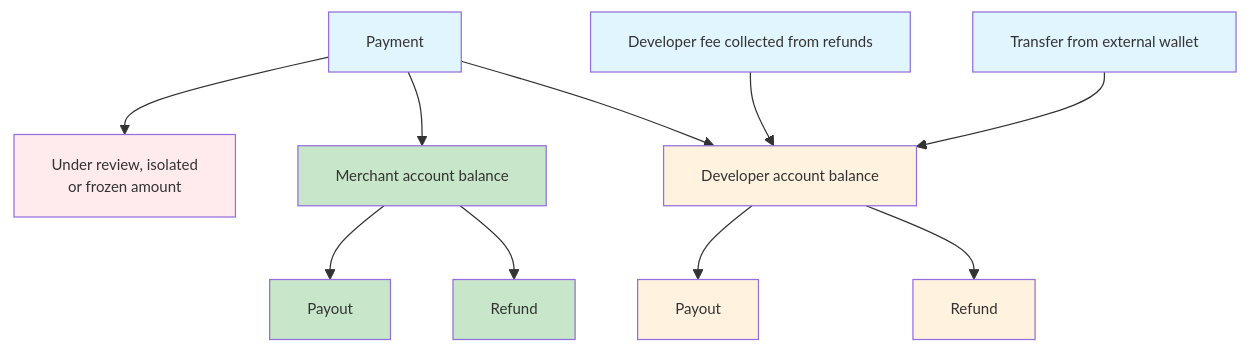
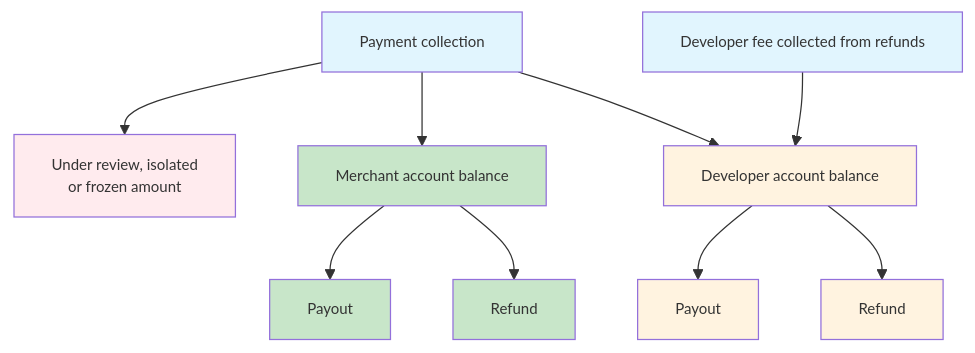
One commit to CoboGlobal/payments-manual changed the fifth of 5 diagrams in payments/en/guides/amounts-and-balances.mdx. Above: the diagram before and after it, drawn with Mermaid. The commit also changed other lines of this file and 23 other files, not shown here.

````diff
--- a/payments/en/guides/amounts-and-balances.mdx
+++ b/payments/en/guides/amounts-and-balances.mdx
@@ -158,29 +173,27 @@
 ```mermaid
 %%{init: {'themeVariables': { 'fontSize': '12px'}}}%%
 graph TD
-    A[Payment]
+    A[Payment collection]
     
     A --> L[Under review, isolated<br>or frozen amount]
     A --> F[Merchant account balance]
     A --> G[Developer account balance]
     
     F --> H[Payout]
     F --> I[Refund]
     
     G --> J[Payout]
     G --> K[Refund]
     
     M[Developer fee collected from refunds] --> G
-    P[Transfer from external wallet] --> G
     
     style A fill:#e1f5fe
     style F fill:#c8e6c9
     style G fill:#fff3e0
     style H fill:#c8e6c9
     style I fill:#c8e6c9
     style J fill:#fff3e0
     style K fill:#fff3e0
     style M fill:#e1f5fe
     style L fill:#ffebee
-    style P fill:#e1f5fe
 ```
````
